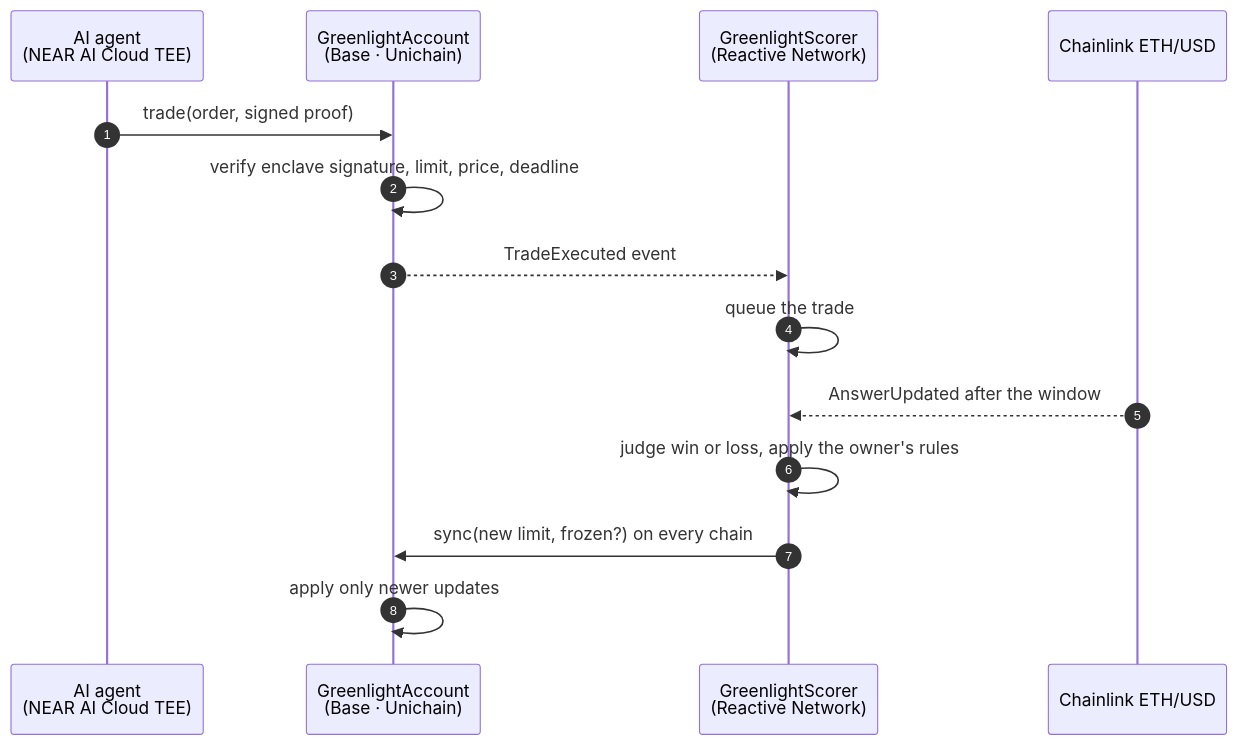
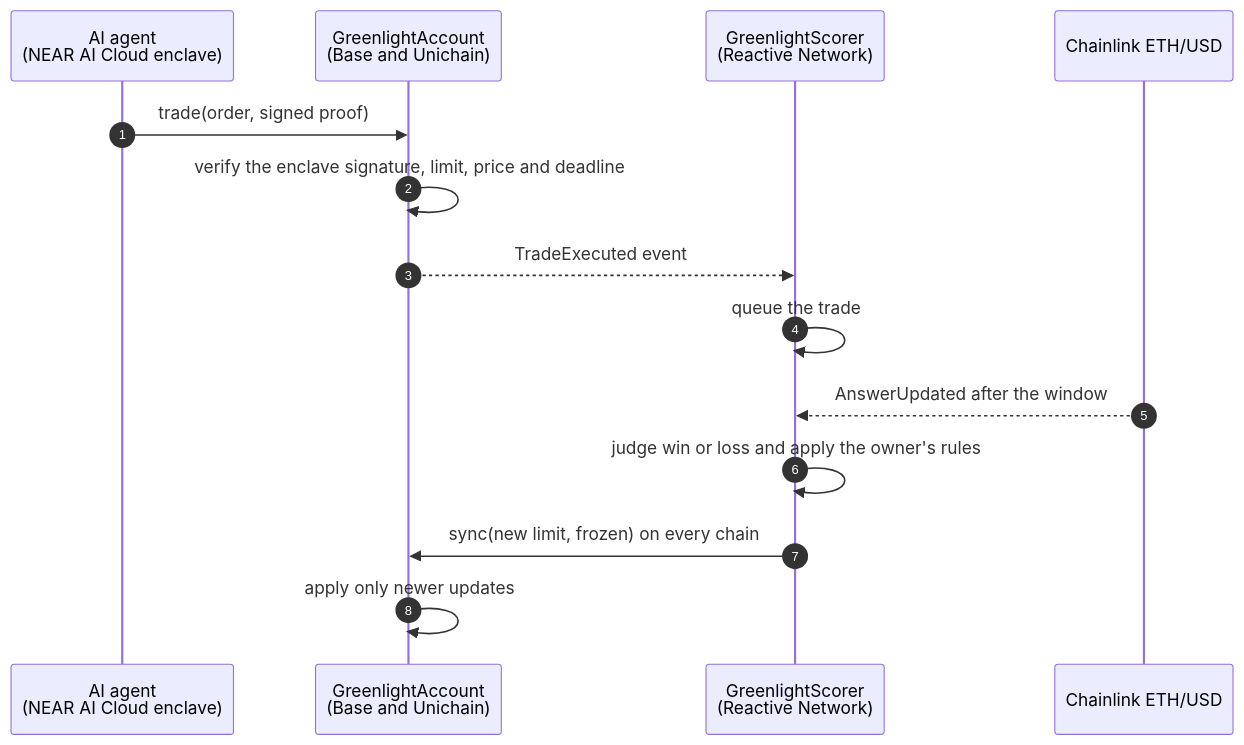
The diagram in README.md (Datwebguy/greenlight-reactive), drawn with Mermaid before and after one commit. The commit also changed other lines of this file, not shown here.

````diff
--- a/README.md
+++ b/README.md
@@ -163,16 +118,16 @@
 ```mermaid
 sequenceDiagram
     autonumber
-    participant AI as AI agent<br/>(NEAR AI Cloud TEE)
-    participant Acc as GreenlightAccount<br/>(Base · Unichain)
+    participant AI as AI agent<br/>(NEAR AI Cloud enclave)
+    participant Acc as GreenlightAccount<br/>(Base and Unichain)
     participant RN as GreenlightScorer<br/>(Reactive Network)
     participant CL as Chainlink ETH/USD
     AI->>Acc: trade(order, signed proof)
-    Acc->>Acc: verify enclave signature, limit, price, deadline
+    Acc->>Acc: verify the enclave signature, limit, price and deadline
     Acc-->>RN: TradeExecuted event
     RN->>RN: queue the trade
     CL-->>RN: AnswerUpdated after the window
-    RN->>RN: judge win or loss, apply the owner's rules
-    RN->>Acc: sync(new limit, frozen?) on every chain
+    RN->>RN: judge win or loss and apply the owner's rules
+    RN->>Acc: sync(new limit, frozen) on every chain
     Acc->>Acc: apply only newer updates
 ```
````
